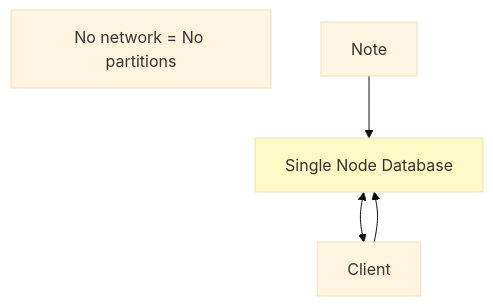
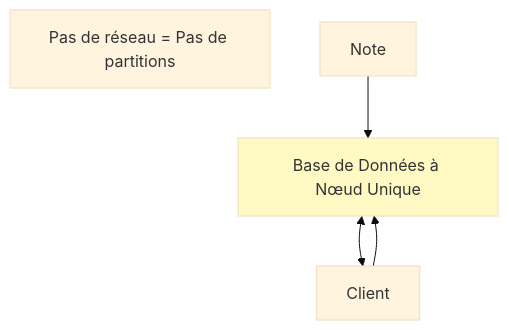
The eighth of 12 diagrams in src/data-store/02-cap-theorem.md (dardourimohamed/distributed-systems-course), drawn with Mermaid (base theme) before and after one commit. The commit also changed other lines of this file and 38 other files, not shown here.

````diff
--- a/src/data-store/02-cap-theorem.md
+++ b/src/data-store/02-cap-theorem.md
@@ -208,13 +208,13 @@
 ```mermaid
 graph TB
-    Single["Single Node Database"]
+    Single["Base de Données à Nœud Unique"]
     Client["Client"]
 
     Client --> Single
     Single <--> Client
 
-    Note1[No network = No partitions]
+    Note1[Pas de réseau = Pas de partitions]
     Note --> Single
 
     style Single fill:#fff9c4
 ```
````
